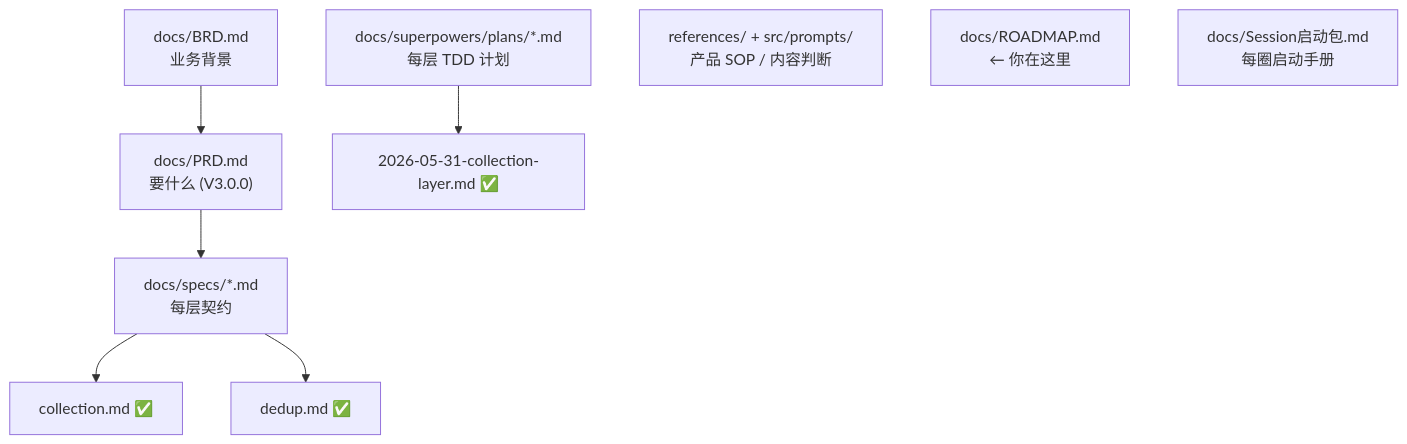
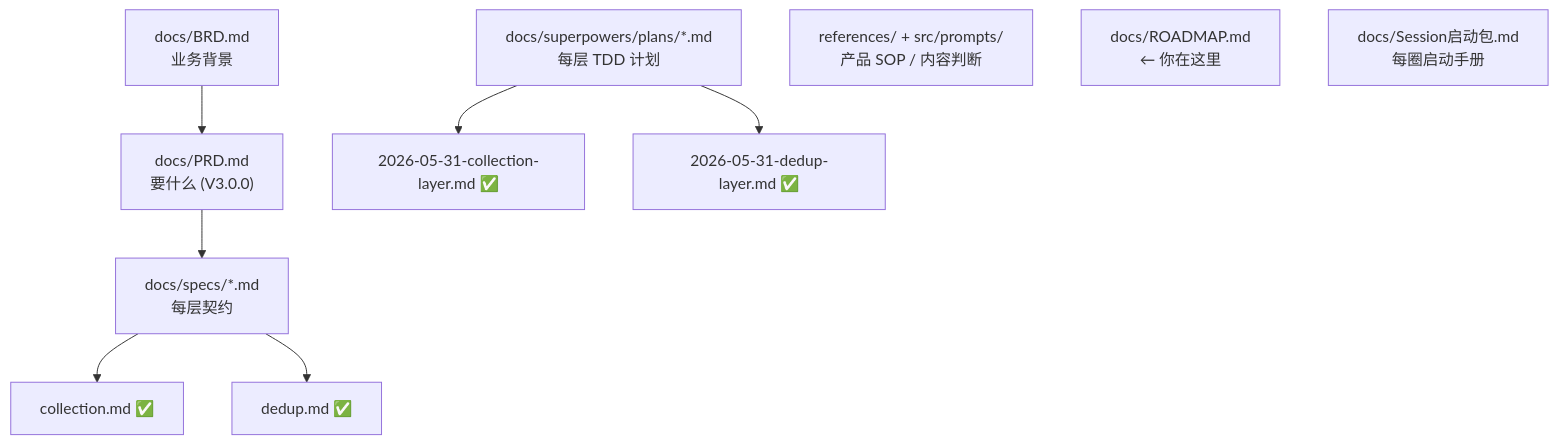
The third of 3 diagrams in docs/ROADMAP.md (ai-newsday/core), drawn with Mermaid before and after one commit. The commit also changed other lines of this file, not shown here.

Commit message:
docs: ROADMAP — mark dedup layer (Circle 2) done

````diff
--- a/docs/ROADMAP.md
+++ b/docs/ROADMAP.md
@@ -73,13 +73,14 @@
 ```mermaid
 flowchart TD
     PRD["docs/PRD.md<br/>要什么 (V3.0.0)"] --> SPECS
     BRD["docs/BRD.md<br/>业务背景"] --> PRD
     SPECS["docs/specs/*.md<br/>每层契约"]
     SPECS --> S1["collection.md ✅"]
     SPECS --> S2["dedup.md ✅"]
     PLANS["docs/superpowers/plans/*.md<br/>每层 TDD 计划"]
     PLANS --> P1["2026-05-31-collection-layer.md ✅"]
+    PLANS --> P2["2026-05-31-dedup-layer.md ✅"]
     REF["references/ + src/prompts/<br/>产品 SOP / 内容判断"]
     RM["docs/ROADMAP.md<br/>← 你在这里"]
     SB["docs/Session启动包.md<br/>每圈启动手册"]
 ```
````
